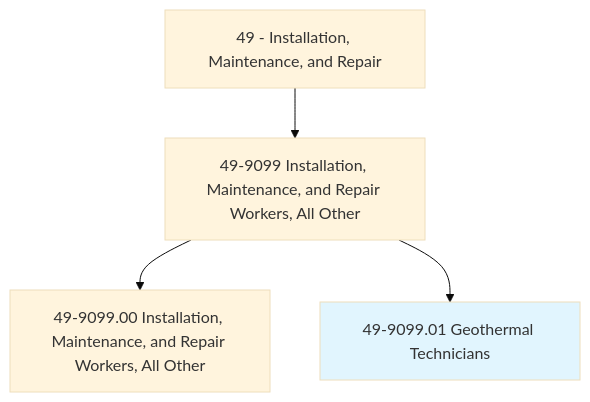
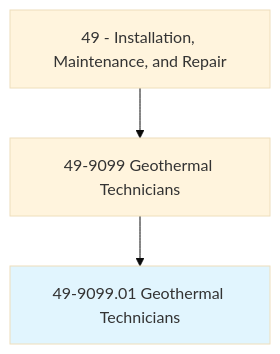
One commit to kziemski/business.org.ai changed the first of 4 diagrams in occupations/Maintenance/GeothermalTechnicians.mdx. Above: the diagram before and after it, drawn with Mermaid (base theme). The commit also changed other lines of this file and 938 other files, not shown here.

````diff
--- a/occupations/Maintenance/GeothermalTechnicians.mdx
+++ b/occupations/Maintenance/GeothermalTechnicians.mdx
@@ -19,7 +23,6 @@
 ```mermaid
 graph TD
-    Cat49["49 - Installation, Maintenance, and Repair"] --> Group499099["49-9099 Installation, Maintenance, and Repair Workers, All Other"]
-    Group499099 --> Base["49-9099.00 Installation, Maintenance, and Repair Workers, All Other"]
+    Cat49["49 - Installation, Maintenance, and Repair"] --> Group499099["49-9099 Geothermal Technicians"]
     Group499099 --> Current["49-9099.01 Geothermal Technicians"]
     style Current fill:#e1f5fe
 ```
````
